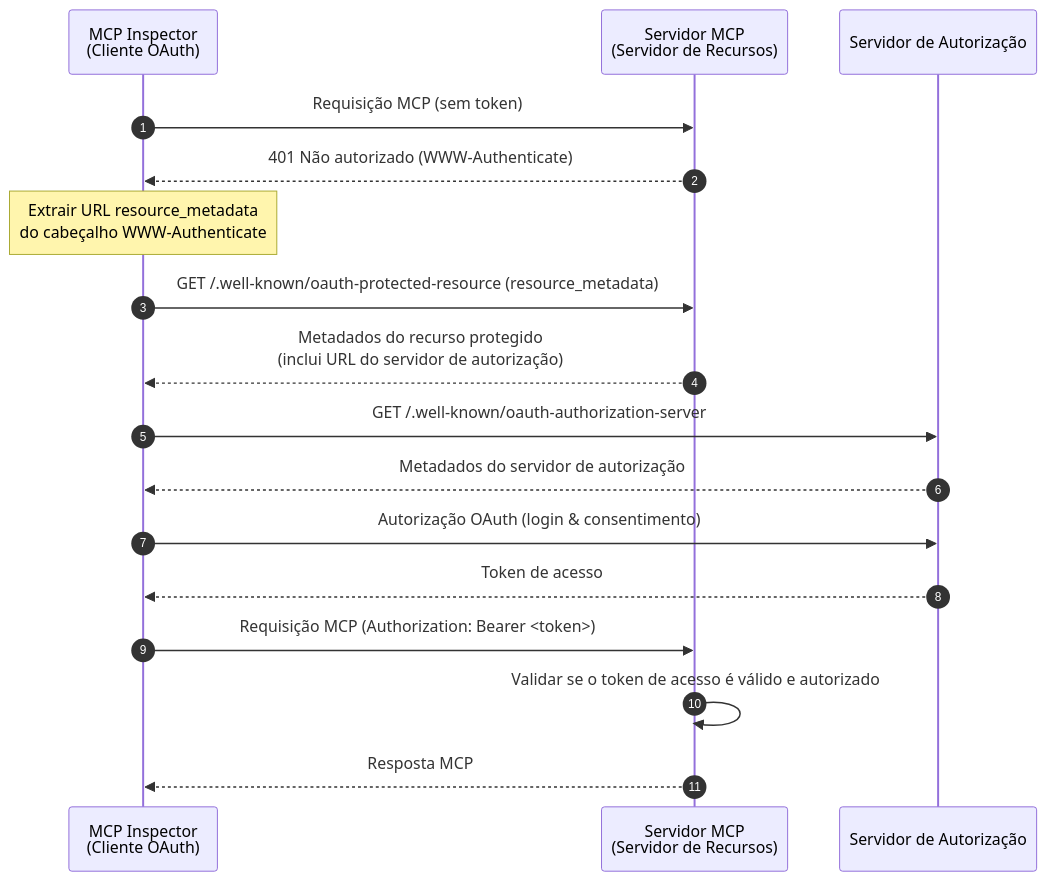
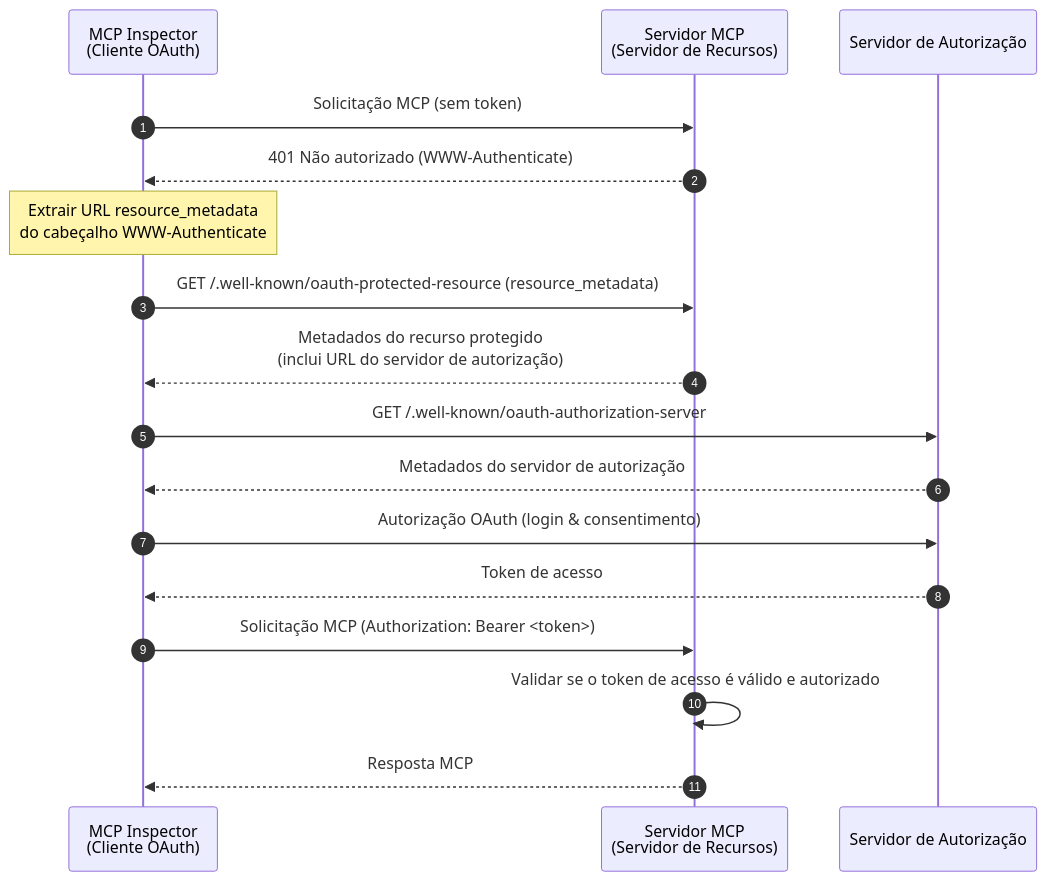
Before and after one commit to mcp-auth/docs: the first of 2 diagrams in i18n/pt-BR/docusaurus-plugin-content-docs/current/tutorials/todo-manager/README.mdx, drawn with Mermaid. The commit also changed other lines of this file and 53 other files, not shown here.

````diff
--- a/i18n/pt-BR/docusaurus-plugin-content-docs/current/tutorials/todo-manager/README.mdx
+++ b/i18n/pt-BR/docusaurus-plugin-content-docs/current/tutorials/todo-manager/README.mdx
@@ -35,23 +38,23 @@
 ```mermaid
 sequenceDiagram
   autonumber
   participant Client as MCP Inspector<br/>(Cliente OAuth)
   participant RS as Servidor MCP<br/>(Servidor de Recursos)
   participant AS as Servidor de Autorização
 
-  Client->>RS: Requisição MCP (sem token)
+  Client->>RS: Solicitação MCP (sem token)
   RS-->>Client: 401 Não autorizado (WWW-Authenticate)
   Note over Client: Extrair URL resource_metadata<br/>do cabeçalho WWW-Authenticate
 
   Client->>RS: GET /.well-known/oauth-protected-resource (resource_metadata)
   RS-->>Client: Metadados do recurso protegido<br/>(inclui URL do servidor de autorização)
 
   Client->>AS: GET /.well-known/oauth-authorization-server
   AS-->>Client: Metadados do servidor de autorização
   Client->>AS: Autorização OAuth (login & consentimento)
   AS-->>Client: Token de acesso
 
-  Client->>RS: Requisição MCP (Authorization: Bearer <token>)
+  Client->>RS: Solicitação MCP (Authorization: Bearer <token>)
   RS->>RS: Validar se o token de acesso é válido e autorizado
   RS-->>Client: Resposta MCP
 ```
````
